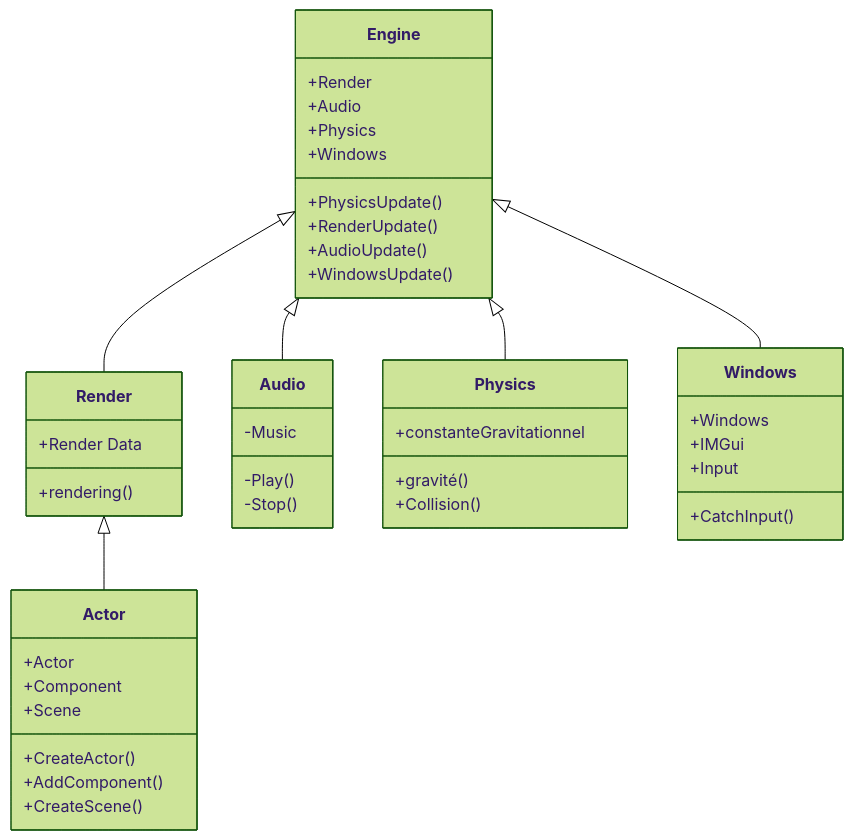
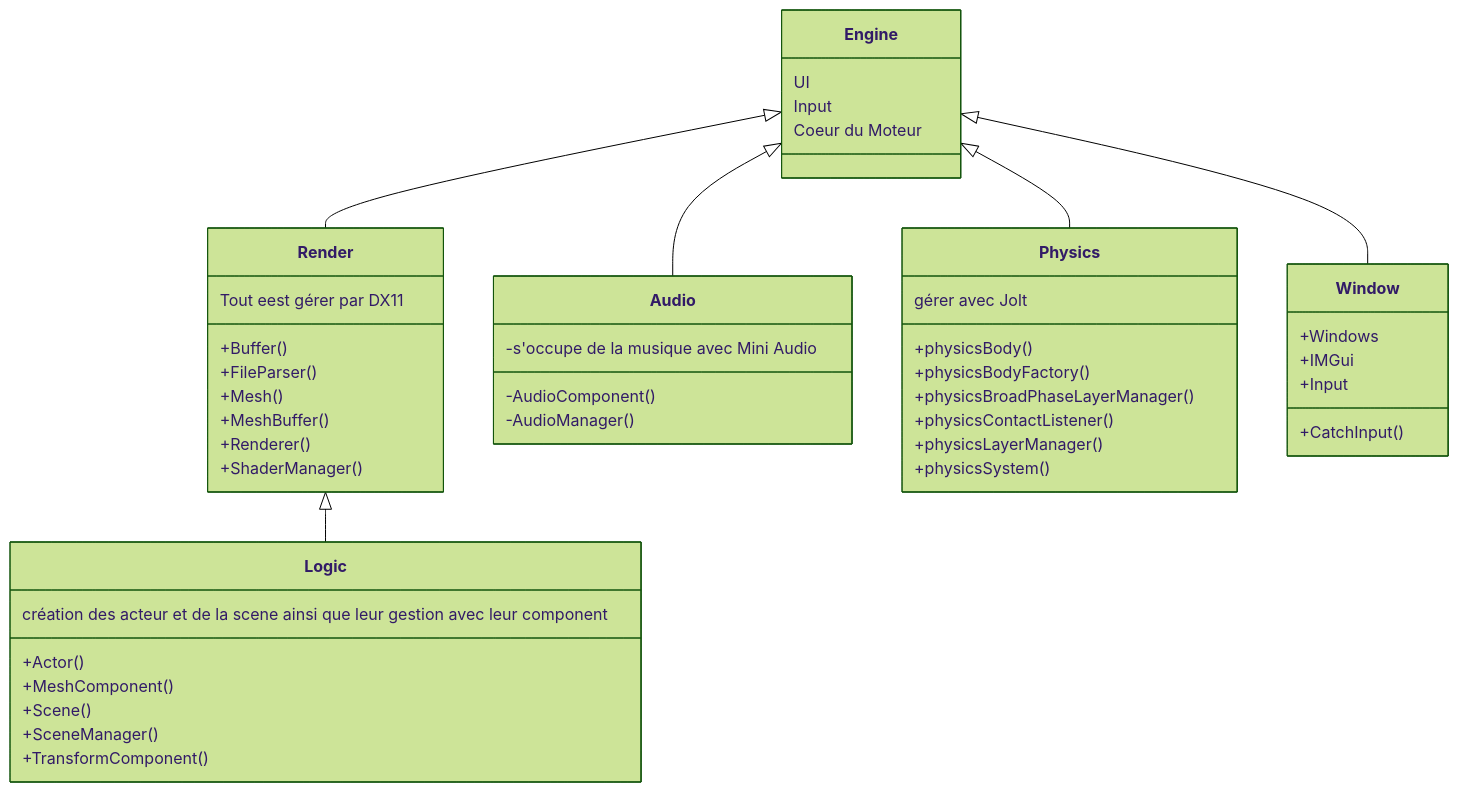
One commit to GamingCampus-MillieBourgois-25-26/moteur-3d-potato-engine changed the third of 3 diagrams in README.md. Above: the diagram before and after it, drawn with Mermaid (forest theme). The commit also changed other lines of this file, not shown here.

Commit message:
Revise architecture and class diagrams in READMEtdd mise a jour
Updated architecture and class diagrams to reflect changes in module relationships and added new components.

````diff
--- a/README.md
+++ b/README.md
@@ -137,44 +139,49 @@
 ```mermaid
 classDiagram
     Engine <|-- Render
     Engine <|-- Audio
     Engine <|-- Physics
-    Engine <|-- Windows
-    Render <|-- Actor
-    Engine : +Render
-    Engine : +Audio
-    Engine : +Physics
-    Engine : +Windows
-    Engine: +PhysicsUpdate()
-    Engine: +RenderUpdate()
-    Engine: +AudioUpdate()
-    Engine: +WindowsUpdate()
+    Engine <|-- Window
+    Render <|-- Logic
+    Engine : UI
+    Engine : Input
+    Engine: Coeur du Moteur
     class Render{
-      +Render Data
-      +rendering()
+      +Buffer()
+      +FileParser()
+      +Mesh()
+      +MeshBuffer()
+      +Renderer()
+      +ShaderManager()
+Tout eest gérer par DX11
+      
     }
     class Audio{
-      -Music
-      -Play()
-      -Stop()
+      -s'occupe de la musique avec Mini Audio
+      -AudioComponent()
+      -AudioManager()
     }
     class Physics{
-      +constanteGravitationnel
-      +gravité()
-      +Collision()
+      gérer avec Jolt
+      +physicsBody()
+      +physicsBodyFactory()
+      +physicsBroadPhaseLayerManager()
+      +physicsContactListener()
+      +physicsLayerManager()
+      +physicsSystem()
     }
-    class Windows{
+    class Window{
       +Windows
       +IMGui
       +Input
       +CatchInput()
     }
-    class Actor{
-      +Actor
-      +Component
-      +Scene
-      +CreateActor()
-      +AddComponent()
-      +CreateScene()
+    class Logic{
+      création des acteur et de la scene ainsi que leur gestion avec leur component
+      +Actor()
+      +MeshComponent()
+      +Scene()
+      +SceneManager()
+      +TransformComponent()
     }
 ```
````
